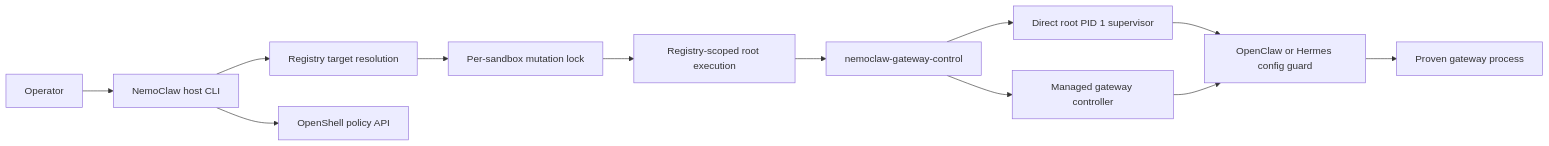
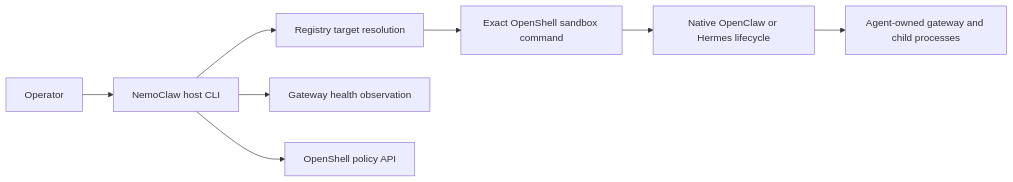
One commit to TakamKaji/NemoClaw_docs changed the diagram in docs/security/tcb-boundary.mdx. Above: the diagram before and after it, drawn with Mermaid. The commit also changed other lines of this file and 59 other files, not shown here.

````diff
--- a/docs/security/tcb-boundary.mdx
+++ b/docs/security/tcb-boundary.mdx
@@ -61,14 +63,10 @@
 ```mermaid
 flowchart LR
     Operator[Operator] --> CLI[NemoClaw host CLI]
     CLI --> Registry[Registry target resolution]
-    Registry --> Lock[Per-sandbox mutation lock]
-    Lock --> RootExec[Registry-scoped root execution]
-    RootExec --> Control[nemoclaw-gateway-control]
-    Control --> Direct[Direct root PID 1 supervisor]
-    Control --> Managed[Managed gateway controller]
-    Direct --> Config[OpenClaw or Hermes config guard]
-    Managed --> Config
-    Config --> Gateway[Proven gateway process]
+    Registry --> OpenShell[Exact OpenShell sandbox command]
+    OpenShell --> Agent[Native OpenClaw or Hermes lifecycle]
+    Agent --> Gateway[Agent-owned gateway and child processes]
+    CLI --> Health[Gateway health observation]
     CLI --> Policy[OpenShell policy API]
 ```
````
